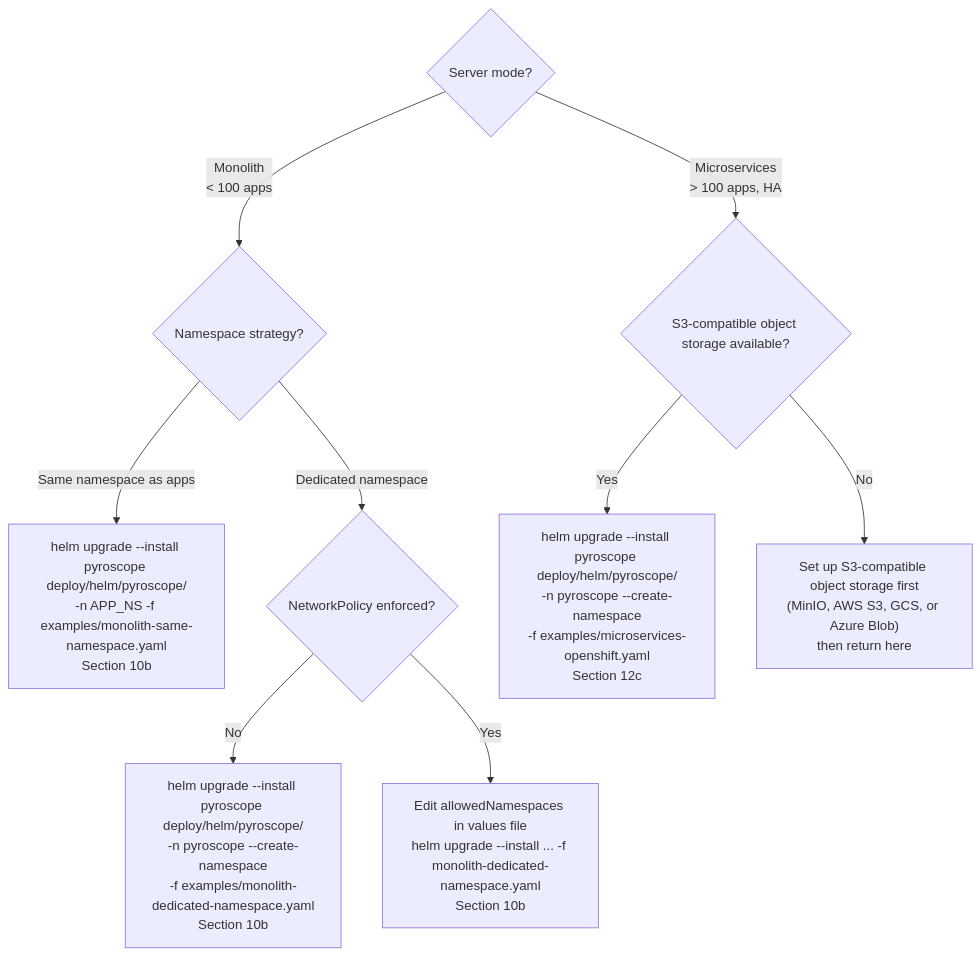
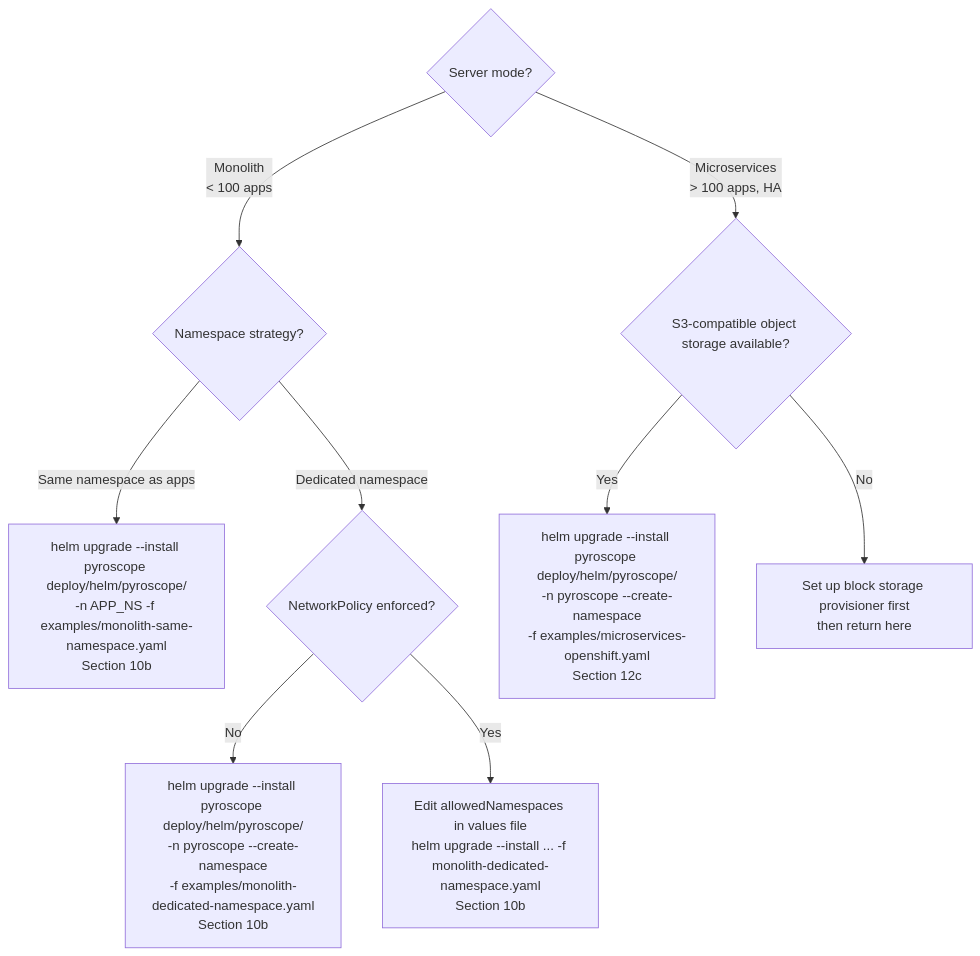
The seventh of 15 diagrams in docs/deployment-guide.md (aff0gat000/pyroscope), drawn with Mermaid before and after one commit. The commit also changed other lines of this file and 32 other files, not shown here.

````diff
--- a/docs/deployment-guide.md
+++ b/docs/deployment-guide.md
@@ -250,14 +250,14 @@
 ```mermaid
 graph TD
     A{Server mode?} -->|"Monolith<br/>< 100 apps"| B{Namespace strategy?}
     A -->|"Microservices<br/>> 100 apps, HA"| C{S3-compatible object storage available?}
 
     B -->|Same namespace as apps| D["helm upgrade --install pyroscope deploy/helm/pyroscope/<br/>-n APP_NS -f examples/monolith-same-namespace.yaml<br/>Section 10b"]
     B -->|Dedicated namespace| E{NetworkPolicy enforced?}
 
     E -->|No| F["helm upgrade --install pyroscope deploy/helm/pyroscope/<br/>-n pyroscope --create-namespace<br/>-f examples/monolith-dedicated-namespace.yaml<br/>Section 10b"]
     E -->|Yes| G["Edit allowedNamespaces in values file<br/>helm upgrade --install ... -f monolith-dedicated-namespace.yaml<br/>Section 10b"]
 
     C -->|Yes| H["helm upgrade --install pyroscope deploy/helm/pyroscope/<br/>-n pyroscope --create-namespace<br/>-f examples/microservices-openshift.yaml<br/>Section 12c"]
-    C -->|No| I["Set up S3-compatible object storage first<br/>(MinIO, AWS S3, GCS, or Azure Blob)<br/>then return here"]
+    C -->|No| I["Set up block storage provisioner first<br/>then return here"]
 ```
````
